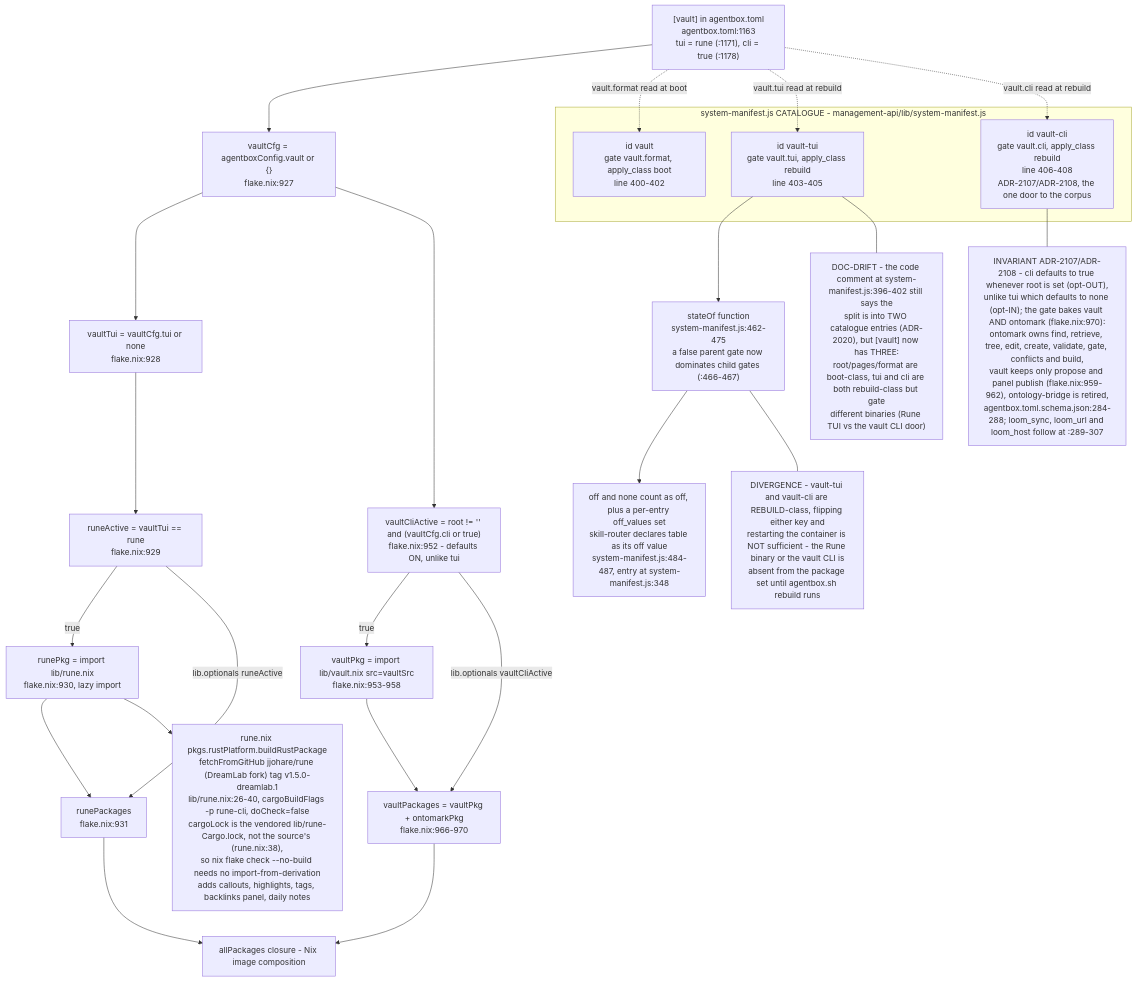
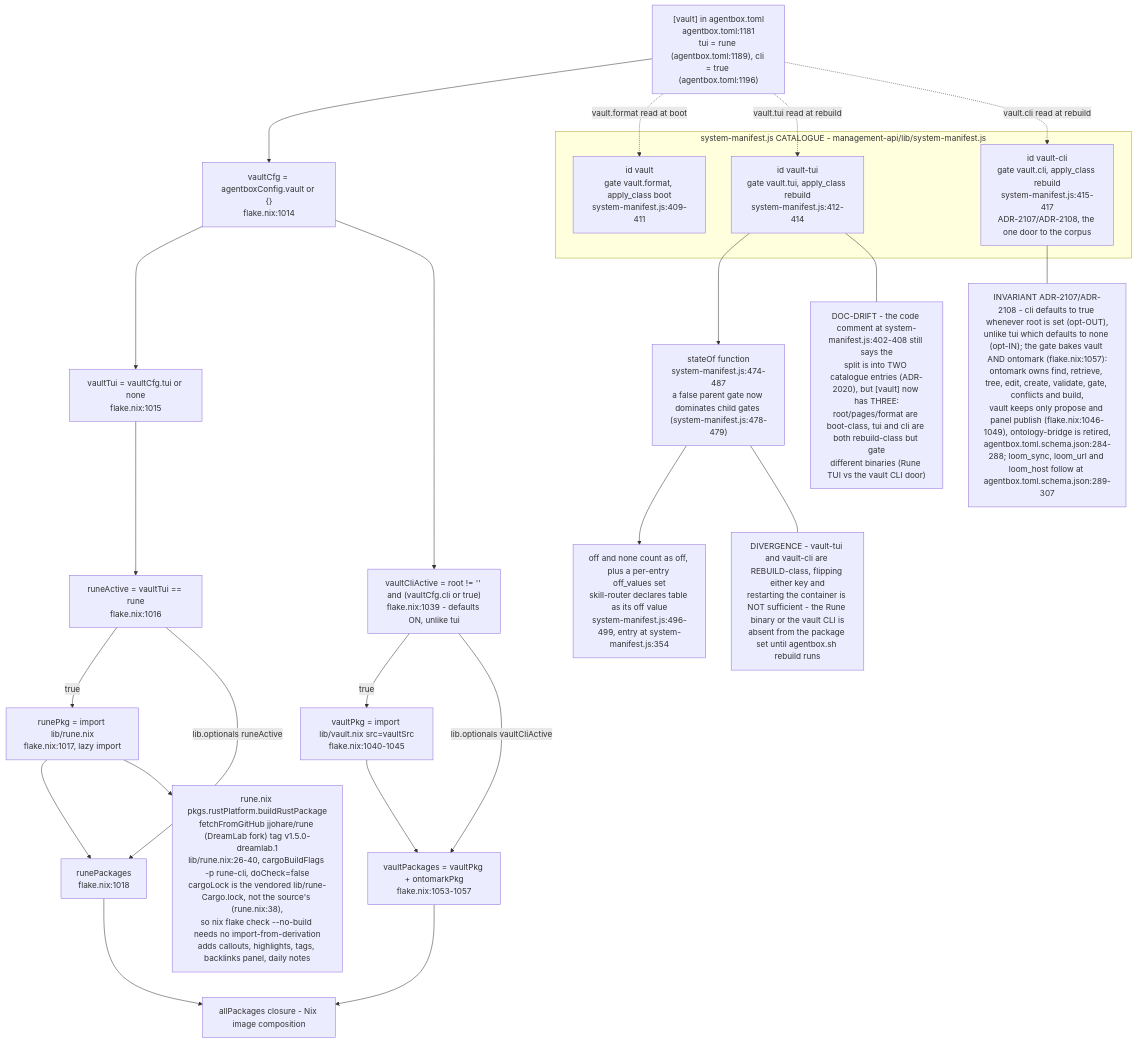
One commit to DreamLab-AI/VisionFlow changed the ninth of 10 diagrams in docs/diagrams/agentbox/01-nix-flake-composition.md. Above: the diagram before and after it, drawn with Mermaid. The commit also changed other lines of this file and 7 other files, not shown here.

````diff
--- a/docs/diagrams/agentbox/01-nix-flake-composition.md
+++ b/docs/diagrams/agentbox/01-nix-flake-composition.md
@@ -435,44 +433,44 @@
 ```mermaid
 flowchart TB
-    TOMLVAULT["[vault] in agentbox.toml<br/>agentbox.toml:1163<br/>tui = rune (:1171), cli = true (:1178)"] --> VAULTCFG["vaultCfg = agentboxConfig.vault or {}<br/>flake.nix:927"]
+    TOMLVAULT["[vault] in agentbox.toml<br/>agentbox.toml:1181<br/>tui = rune (agentbox.toml:1189), cli = true (agentbox.toml:1196)"] --> VAULTCFG["vaultCfg = agentboxConfig.vault or {}<br/>flake.nix:1014"]
 
-    VAULTCFG --> TUIVAL["vaultTui = vaultCfg.tui or none<br/>flake.nix:928"]
-    TUIVAL --> RUNEACTIVE["runeActive = vaultTui == rune<br/>flake.nix:929"]
-    RUNEACTIVE -->|"true"| RUNEPKGIMPORT["runePkg = import lib/rune.nix<br/>flake.nix:930, lazy import"]
-    RUNEACTIVE -->|"lib.optionals runeActive"| RUNEPACKAGES["runePackages<br/>flake.nix:931"]
+    VAULTCFG --> TUIVAL["vaultTui = vaultCfg.tui or none<br/>flake.nix:1015"]
+    TUIVAL --> RUNEACTIVE["runeActive = vaultTui == rune<br/>flake.nix:1016"]
+    RUNEACTIVE -->|"true"| RUNEPKGIMPORT["runePkg = import lib/rune.nix<br/>flake.nix:1017, lazy import"]
+    RUNEACTIVE -->|"lib.optionals runeActive"| RUNEPACKAGES["runePackages<br/>flake.nix:1018"]
     RUNEPKGIMPORT --> RUNEPACKAGES
 
-    VAULTCFG --> CLIVAL["vaultCliActive = root != '' and (vaultCfg.cli or true)<br/>flake.nix:952 - defaults ON, unlike tui"]
-    CLIVAL -->|"true"| VAULTPKGIMPORT["vaultPkg = import lib/vault.nix src=vaultSrc<br/>flake.nix:953-958"]
-    CLIVAL -->|"lib.optionals vaultCliActive"| VAULTPACKAGES["vaultPackages = vaultPkg + ontomarkPkg<br/>flake.nix:966-970"]
+    VAULTCFG --> CLIVAL["vaultCliActive = root != '' and (vaultCfg.cli or true)<br/>flake.nix:1039 - defaults ON, unlike tui"]
+    CLIVAL -->|"true"| VAULTPKGIMPORT["vaultPkg = import lib/vault.nix src=vaultSrc<br/>flake.nix:1040-1045"]
+    CLIVAL -->|"lib.optionals vaultCliActive"| VAULTPACKAGES["vaultPackages = vaultPkg + ontomarkPkg<br/>flake.nix:1053-1057"]
     VAULTPKGIMPORT --> VAULTPACKAGES
 
     RUNEPACKAGES --> ALLPKG["allPackages closure - Nix image composition"]
     VAULTPACKAGES --> ALLPKG
 
     RUNEBUILD["rune.nix pkgs.rustPlatform.buildRustPackage<br/>fetchFromGitHub jjohare/rune (DreamLab fork) tag v1.5.0-dreamlab.1<br/>lib/rune.nix:26-40, cargoBuildFlags -p rune-cli, doCheck=false<br/>cargoLock is the vendored lib/rune-Cargo.lock, not the source's (rune.nix:38),<br/>so nix flake check --no-build needs no import-from-derivation<br/>adds callouts, highlights, tags, backlinks panel, daily notes"]
     RUNEPKGIMPORT --> RUNEBUILD
 
     subgraph MANIFEST["system-manifest.js CATALOGUE - management-api/lib/system-manifest.js"]
-        VAULTENTRY["id vault<br/>gate vault.format, apply_class boot<br/>line 400-402"]
-        VAULTTUIENTRY["id vault-tui<br/>gate vault.tui, apply_class rebuild<br/>line 403-405"]
-        VAULTCLIENTRY["id vault-cli<br/>gate vault.cli, apply_class rebuild<br/>line 406-408<br/>ADR-2107/ADR-2108, the one door to the corpus"]
+        VAULTENTRY["id vault<br/>gate vault.format, apply_class boot<br/>system-manifest.js:409-411"]
+        VAULTTUIENTRY["id vault-tui<br/>gate vault.tui, apply_class rebuild<br/>system-manifest.js:412-414"]
+        VAULTCLIENTRY["id vault-cli<br/>gate vault.cli, apply_class rebuild<br/>system-manifest.js:415-417<br/>ADR-2107/ADR-2108, the one door to the corpus"]
     end
 
     TOMLVAULT -.->|"vault.format read at boot"| VAULTENTRY
     TOMLVAULT -.->|"vault.tui read at rebuild"| VAULTTUIENTRY
     TOMLVAULT -.->|"vault.cli read at rebuild"| VAULTCLIENTRY
 
-    STATEOF["stateOf function<br/>system-manifest.js:462-475<br/>a false parent gate now dominates child gates (:466-467)"]
+    STATEOF["stateOf function<br/>system-manifest.js:474-487<br/>a false parent gate now dominates child gates (system-manifest.js:478-479)"]
     VAULTTUIENTRY --> STATEOF
-    STATEOF --> MODESTRING["off and none count as off, plus a per-entry off_values set<br/>skill-router declares table as its off value<br/>system-manifest.js:484-487, entry at system-manifest.js:348"]
+    STATEOF --> MODESTRING["off and none count as off, plus a per-entry off_values set<br/>skill-router declares table as its off value<br/>system-manifest.js:496-499, entry at system-manifest.js:354"]
 
-    NOTE1["DOC-DRIFT - the code comment at system-manifest.js:396-402 still says the<br/>split is into TWO catalogue entries (ADR-2020), but [vault] now has THREE:<br/>root/pages/format are boot-class, tui and cli are both rebuild-class but gate<br/>different binaries (Rune TUI vs the vault CLI door)"]
+    NOTE1["DOC-DRIFT - the code comment at system-manifest.js:402-408 still says the<br/>split is into TWO catalogue entries (ADR-2020), but [vault] now has THREE:<br/>root/pages/format are boot-class, tui and cli are both rebuild-class but gate<br/>different binaries (Rune TUI vs the vault CLI door)"]
     VAULTTUIENTRY --- NOTE1
 
     NOTE2["DIVERGENCE - vault-tui and vault-cli are REBUILD-class, flipping either key and<br/>restarting the container is NOT sufficient - the Rune binary or the vault CLI is<br/>absent from the package set until agentbox.sh rebuild runs"]
     STATEOF --- NOTE2
 
-    NOTE3["INVARIANT ADR-2107/ADR-2108 - cli defaults to true whenever root is set (opt-OUT),<br/>unlike tui which defaults to none (opt-IN); the gate bakes vault AND ontomark (flake.nix:970):<br/>ontomark owns find, retrieve, tree, edit, create, validate, gate, conflicts and build,<br/>vault keeps only propose and panel publish (flake.nix:959-962), ontology-bridge is retired,<br/>agentbox.toml.schema.json:284-288; loom_sync, loom_url and loom_host follow at :289-307"]
+    NOTE3["INVARIANT ADR-2107/ADR-2108 - cli defaults to true whenever root is set (opt-OUT),<br/>unlike tui which defaults to none (opt-IN); the gate bakes vault AND ontomark (flake.nix:1057):<br/>ontomark owns find, retrieve, tree, edit, create, validate, gate, conflicts and build,<br/>vault keeps only propose and panel publish (flake.nix:1046-1049), ontology-bridge is retired,<br/>agentbox.toml.schema.json:284-288; loom_sync, loom_url and loom_host follow at agentbox.toml.schema.json:289-307"]
     VAULTCLIENTRY --- NOTE3
 ```
````
